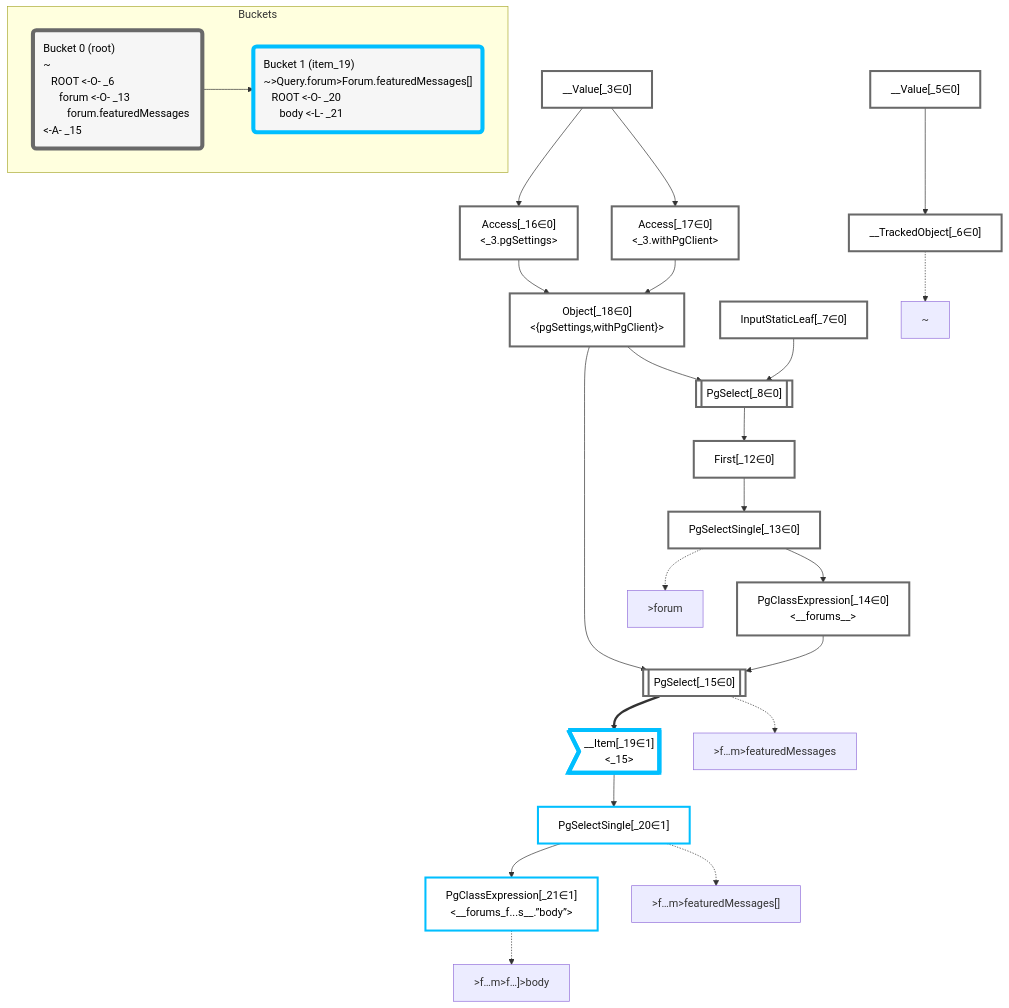
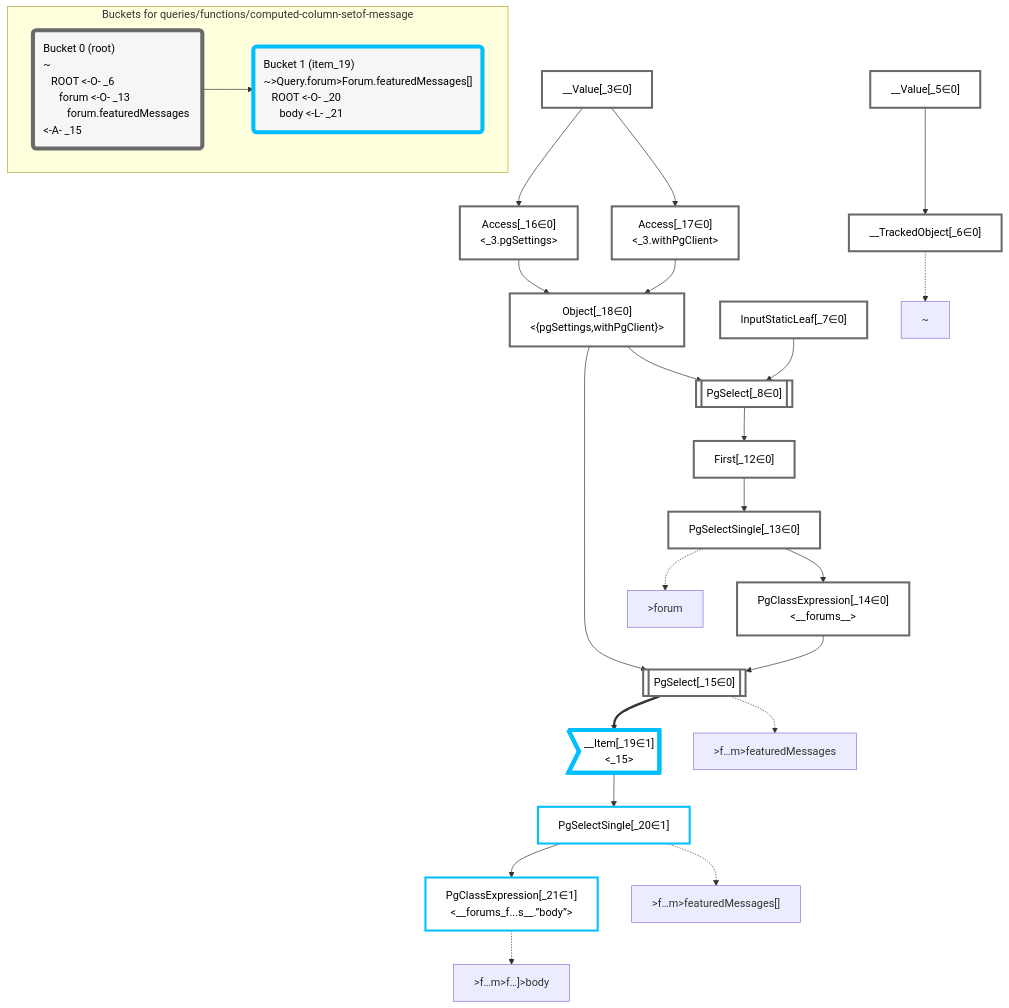
The diagram in packages/dataplan-pg/__tests__/queries/functions/computed-column-setof-message.deopt.mermaid.md (graphile/crystal), drawn with Mermaid before and after one commit. The commit also changed 195 other files, not shown here.

````diff
--- a/packages/dataplan-pg/__tests__/queries/functions/computed-column-setof-message.deopt.mermaid.md
+++ b/packages/dataplan-pg/__tests__/queries/functions/computed-column-setof-message.deopt.mermaid.md
@@ -1,69 +1,69 @@
 ```mermaid
 graph TD
     classDef path fill:#eee,stroke:#000,color:#000
     classDef plan fill:#fff,stroke-width:3px,color:#000
     classDef itemplan fill:#fff,stroke-width:6px,color:#000
     classDef sideeffectplan fill:#f00,stroke-width:6px,color:#000
     classDef bucket fill:#f6f6f6,color:#000,stroke-width:6px,text-align:left
 
 
     %% define plans
     __Value_3["__Value[_3∈0]<br /><context>"]:::plan
     __Value_5["__Value[_5∈0]<br /><rootValue>"]:::plan
     __TrackedObject_6["__TrackedObject[_6∈0]"]:::plan
     InputStaticLeaf_7["InputStaticLeaf[_7∈0]"]:::plan
     PgSelect_8[["PgSelect[_8∈0]<br /><forums>"]]:::plan
     First_12["First[_12∈0]"]:::plan
     PgSelectSingle_13["PgSelectSingle[_13∈0]<br /><forums>"]:::plan
     PgClassExpression_14["PgClassExpression[_14∈0]<br /><__forums__>"]:::plan
     PgSelect_15[["PgSelect[_15∈0]<br /><forums_featured_messages>"]]:::plan
     Access_16["Access[_16∈0]<br /><_3.pgSettings>"]:::plan
     Access_17["Access[_17∈0]<br /><_3.withPgClient>"]:::plan
     Object_18["Object[_18∈0]<br /><{pgSettings,withPgClient}>"]:::plan
     __Item_19>"__Item[_19∈1]<br /><_15>"]:::itemplan
     PgSelectSingle_20["PgSelectSingle[_20∈1]<br /><forums_featured_messages>"]:::plan
     PgClassExpression_21["PgClassExpression[_21∈1]<br /><__forums_f...s__.”body”>"]:::plan
 
     %% plan dependencies
     __Value_5 --> __TrackedObject_6
     Object_18 --> PgSelect_8
     InputStaticLeaf_7 --> PgSelect_8
     PgSelect_8 --> First_12
     First_12 --> PgSelectSingle_13
     PgSelectSingle_13 --> PgClassExpression_14
     Object_18 --> PgSelect_15
     PgClassExpression_14 --> PgSelect_15
     __Value_3 --> Access_16
     __Value_3 --> Access_17
     Access_16 --> Object_18
     Access_17 --> Object_18
     PgSelect_15 ==> __Item_19
     __Item_19 --> PgSelectSingle_20
     PgSelectSingle_20 --> PgClassExpression_21
 
     %% plan-to-path relationships
     P_6["~"]
     __TrackedObject_6 -.-> P_6
     P_13[">forum"]
     PgSelectSingle_13 -.-> P_13
     P_15[">f…m>featuredMessages"]
     PgSelect_15 -.-> P_15
     P_20[">f…m>featuredMessages[]"]
     PgSelectSingle_20 -.-> P_20
     P_21[">f…m>f…]>body"]
     PgClassExpression_21 -.-> P_21
 
     %% allocate buckets
     classDef bucket0 stroke:#696969
     class __Value_3,__Value_5,__TrackedObject_6,InputStaticLeaf_7,PgSelect_8,First_12,PgSelectSingle_13,PgClassExpression_14,PgSelect_15,Access_16,Access_17,Object_18 bucket0
     classDef bucket1 stroke:#00bfff
     class __Item_19,PgSelectSingle_20,PgClassExpression_21 bucket1
 
-    subgraph Buckets
+    subgraph "Buckets for queries/functions/computed-column-setof-message"
     Bucket0("Bucket 0 (root)<br />~<br />⠀ROOT <-O- _6<br />⠀⠀forum <-O- _13<br />⠀⠀⠀forum.featuredMessages <-A- _15"):::bucket
     style Bucket0 stroke:#696969
     Bucket1("Bucket 1 (item_19)<br />~>Query.forum>Forum.featuredMessages[]<br />⠀ROOT <-O- _20<br />⠀⠀body <-L- _21"):::bucket
     style Bucket1 stroke:#00bfff
     Bucket0 --> Bucket1
     end
 ```
````
